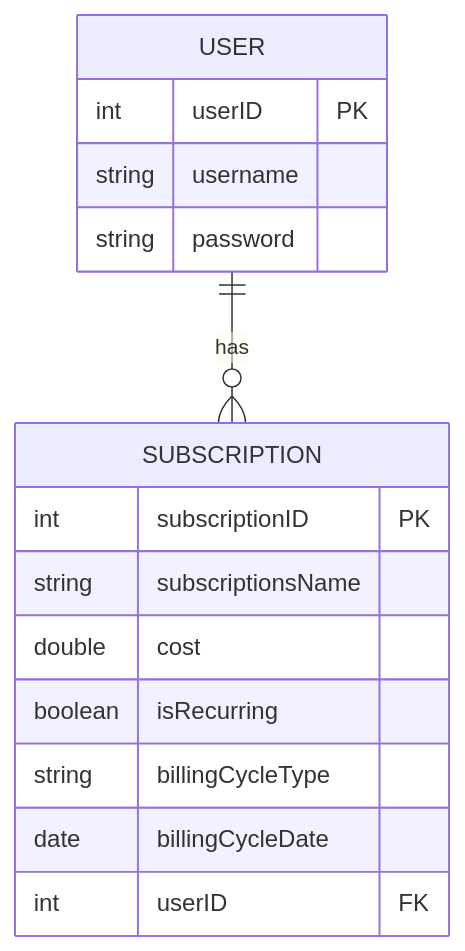
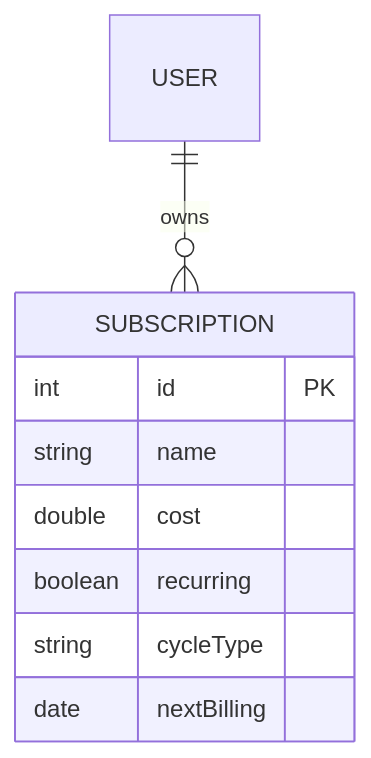
The third of 14 diagrams in TESTING.md (HashirOwais/NextPay-Subscription_Simplifed), drawn with Mermaid before and after one commit. The commit also changed other lines of this file, not shown here.

Commit message:
fixed mermaid diagram

````diff
--- a/TESTING.md
+++ b/TESTING.md
@@ -125,18 +125,12 @@
 ```mermaid
 erDiagram
-  USER ||--o{ SUBSCRIPTION : "has"
-  USER {
-    int userID PK
-    string username
-    string password
-  }
+  USER ||--o{ SUBSCRIPTION : owns
   SUBSCRIPTION {
-    int subscriptionID PK
-    string subscriptionsName
+    int id PK
+    string name
     double cost
-    boolean isRecurring
-    string billingCycleType
-    date billingCycleDate
-    int userID FK
+    boolean recurring
+    string cycleType
+    date nextBilling
   }
 ```
````
